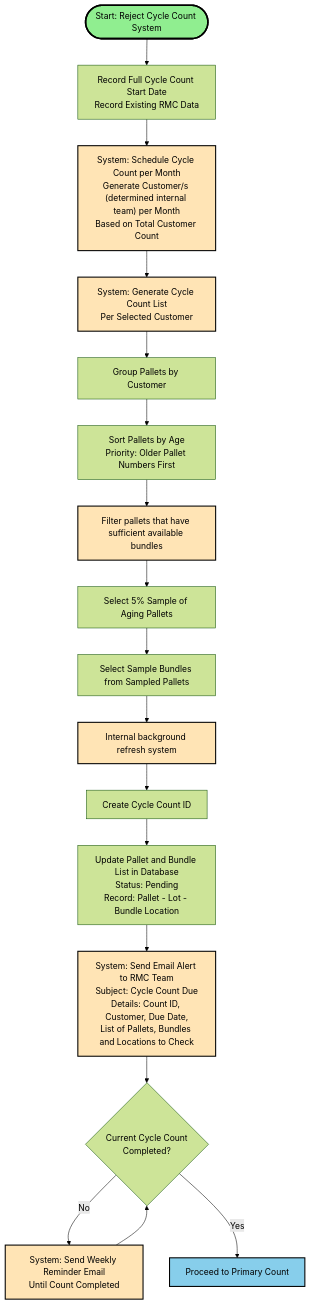
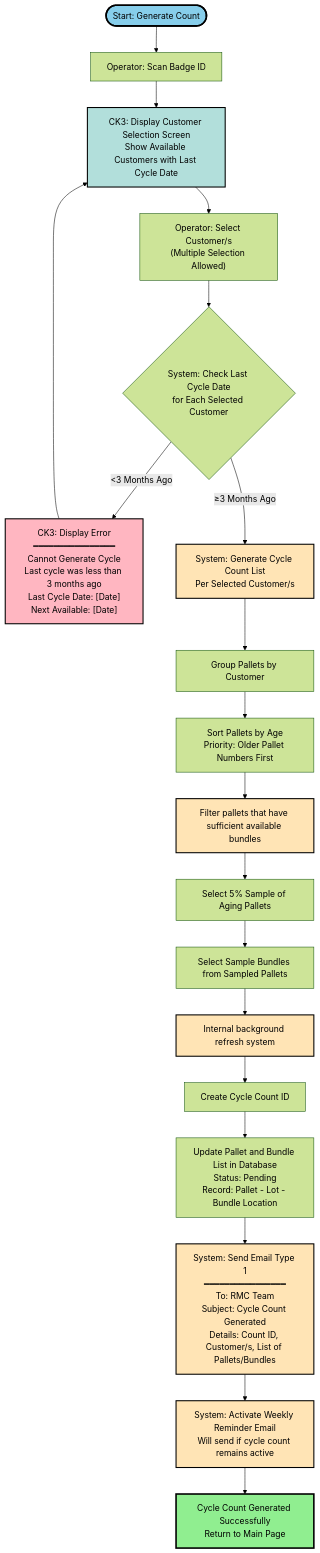
The second of 8 diagrams in workflow.md (kohjs/RMC-Cycle-Count), drawn with Mermaid (forest theme) before and after one commit. The commit also changed other lines of this file, not shown here.

````diff
--- a/workflow.md
+++ b/workflow.md
@@ -15,42 +48,43 @@
 ```mermaid
----
-config:
-  layout: fixed
----
 flowchart TD
-    Start(["Start: Reject Cycle Count System"]) --> n1["Record Full Cycle Count Start Date<br>Record Existing RMC Data"]
-    n1 --> A["System: Schedule Cycle Count per Month<br>Generate Customer/s (determined internal team) per Month<br>Based on Total Customer Count"]
-    A --> B["System: Generate Cycle Count List<br>Per Selected Customer"]
-    B --> B1["Group Pallets by Customer"]
-    B1b["Select 5% Sample of Aging Pallets"] --> B1c["Select Sample Bundles from Sampled Pallets"]
-    B2["Create Cycle Count ID"] --> B3["Update Pallet and Bundle List in Database<br>Status: Pending<br>Record: Pallet - Lot - Bundle Location"]
-    B3 --> C["System: Send Email Alert to RMC Team<br>Subject: Cycle Count Due<br>Details: Count ID, Customer, Due Date,<br>List of Pallets, Bundles and Locations to Check"]
-    C --> D{"Current Cycle Count<br>Completed?"}
-    D -- No --> E["System: Send Weekly Reminder Email<br>Until Count Completed"]
-    E --> D
-    D -- Yes --> Next["Proceed to Primary Count"]
-    B1c --> n3["Internal background refresh system"]
-    n2["Filter pallets that have sufficient available bundles"] --> B1b
+    Start(["Start: Generate Count"]) --> n1["Operator: Scan Badge ID"]
+    n1 --> n2["CK3: Display Customer Selection Screen<br>Show Available Customers with Last Cycle Date"]
+    n2 --> n3["Operator: Select Customer/s<br>(Multiple Selection Allowed)"]
+    n3 --> n4{"System: Check Last Cycle Date<br>for Each Selected Customer"}
+    n4 -- "<3 Months Ago" --> n5["CK3: Display Error<br>━━━━━━━━━━━━━━━━<br>Cannot Generate Cycle<br>Last cycle was less than 3 months ago<br>Last Cycle Date: [Date]<br>Next Available: [Date]"]
+    n5 --> n2
+    n4 -- "≥3 Months Ago" --> n6["System: Generate Cycle Count List<br>Per Selected Customer/s"]
+    n6 --> B1["Group Pallets by Customer"]
     B1 --> B1a["Sort Pallets by Age<br>Priority: Older Pallet Numbers First"]
-    B1a --> n2
-    n3 --> B2
-    n3@{ shape: rect}
-    n2@{ shape: rect}
-    style Start fill:#90EE90,stroke:#000,stroke-width:3px,color:#000
+    B1a --> n7["Filter pallets that have sufficient available bundles"]
+    n7 --> B1b["Select 5% Sample of Aging Pallets"]
+    B1b --> B1c["Select Sample Bundles from Sampled Pallets"]
+    B1c --> n8["Internal background refresh system"]
+    n8 --> B2["Create Cycle Count ID"]
+    B2 --> B3["Update Pallet and Bundle List in Database<br>Status: Pending<br>Record: Pallet - Lot - Bundle Location"]
+    B3 --> C1["System: Send Email Type 1<br>━━━━━━━━━━━━━━━━<br>To: RMC Team<br>Subject: Cycle Count Generated<br>Details: Count ID, Customer/s, List of Pallets/Bundles"]
+    C1 --> C2["System: Activate Weekly Reminder Email<br>Will send if cycle count remains active"]
+    C2 --> Next["Cycle Count Generated Successfully<br>Return to Main Page"]
+
+    n8@{ shape: rect}
+    n7@{ shape: rect}
+    style Start fill:#87CEEB,stroke:#000,stroke-width:3px,color:#000
     style n1 color:#000
-    style A fill:#FFE4B5,stroke:#000,stroke-width:2px,color:#000
-    style B fill:#FFE4B5,stroke:#000,stroke-width:2px,color:#000
+    style n2 fill:#B2DFDB,stroke:#000,stroke-width:2px,color:#000
+    style n3 color:#000
+    style n4 color:#000
+    style n5 fill:#FFB6C1,stroke:#000,stroke-width:2px,color:#000
+    style n6 fill:#FFE4B5,stroke:#000,stroke-width:2px,color:#000
     style B1 color:#000
+    style B1a color:#000
+    style n7 fill:#FFE4B5,stroke:#000,stroke-width:2px,color:#000
     style B1b color:#000
     style B1c color:#000
+    style n8 fill:#FFE4B5,stroke:#000,stroke-width:2px,color:#000
     style B2 color:#000
     style B3 color:#000
-    style C fill:#FFE4B5,stroke:#000,stroke-width:2px,color:#000
-    style D color:#000
-    style E fill:#FFE4B5,stroke:#000,stroke-width:2px,color:#000
-    style Next fill:#87CEEB,stroke:#000,stroke-width:2px,color:#000
-    style n3 fill:#FFE4B5,stroke:#000,stroke-width:2px,color:#000
-    style n2 fill:#FFE4B5,stroke:#000,stroke-width:2px,color:#000
-    style B1a color:#000
+    style C1 fill:#FFE4B5,stroke:#000,stroke-width:2px,color:#000
+    style C2 fill:#FFE4B5,stroke:#000,stroke-width:2px,color:#000
+    style Next fill:#90EE90,stroke:#000,stroke-width:3px,color:#000
 
 ```
````
